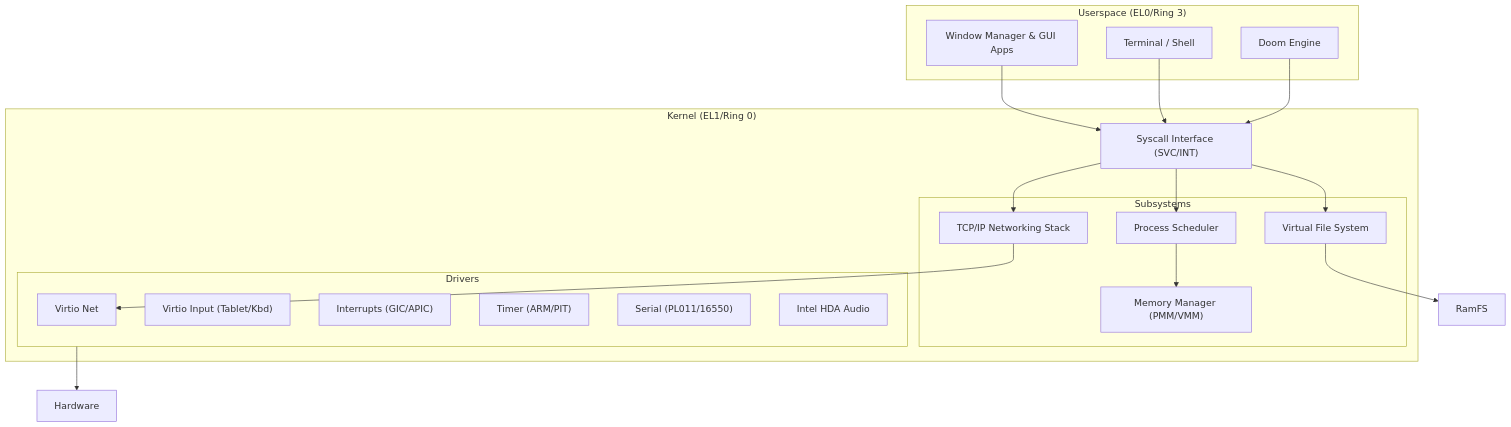
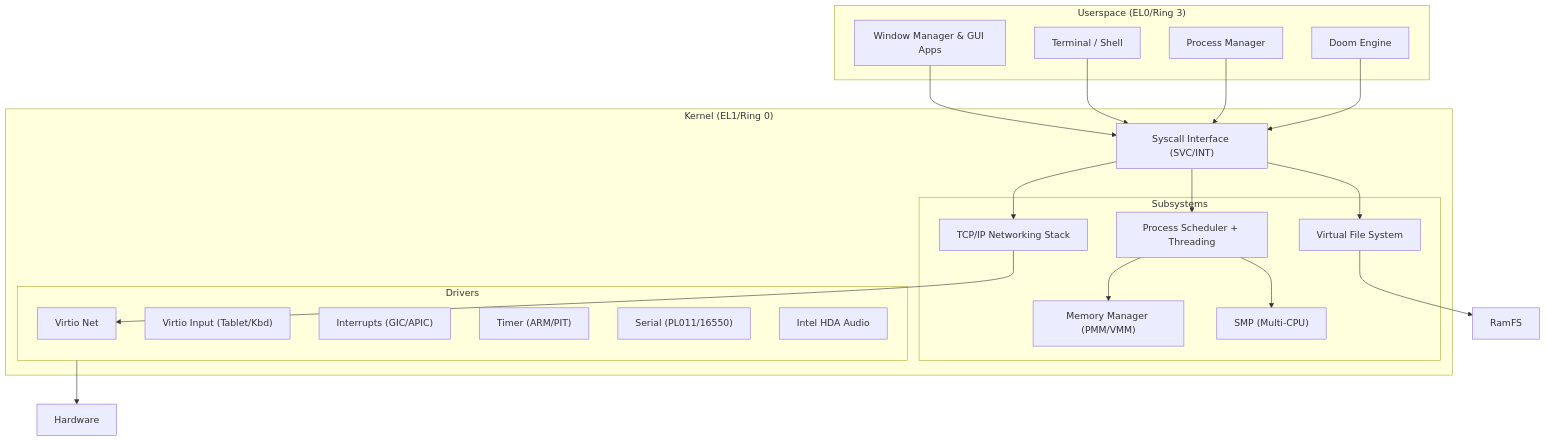
One commit to viralcode/vib-OS changed the diagram in README.md. Above: the diagram before and after it, drawn with Mermaid. The commit also changed other lines of this file, not shown here.

First line of the commit message:
Update README with Process Manager, multi-threading, and SMP features

````diff
--- a/README.md
+++ b/README.md
@@ -68,42 +68,46 @@
 ```mermaid
 graph TD
     subgraph Userspace ["Userspace (EL0/Ring 3)"]
         GUI[Window Manager & GUI Apps]
         Shell[Terminal / Shell]
+        ProcMgr[Process Manager]
         Doom[Doom Engine]
     end
 
     subgraph Kernel ["Kernel (EL1/Ring 0)"]
         Syscall["Syscall Interface (SVC/INT)"]
         
         subgraph Subsystems
             VFS[Virtual File System]
-            Process[Process Scheduler]
+            Process["Process Scheduler + Threading"]
             Net[TCP/IP Networking Stack]
             Mem["Memory Manager (PMM/VMM)"]
+            SMP["SMP (Multi-CPU)"]
         end
         
         subgraph Drivers
             VirtioNet[Virtio Net]
             VirtioInput["Virtio Input (Tablet/Kbd)"]
             IRQ["Interrupts (GIC/APIC)"]
             Timer["Timer (ARM/PIT)"]
             UART["Serial (PL011/16550)"]
             HDA[Intel HDA Audio]
         end
     end
 
     GUI --> Syscall
     Shell --> Syscall
+    ProcMgr --> Syscall
     Doom --> Syscall
     
     Syscall --> VFS
     Syscall --> Process
     Syscall --> Net
     
     VFS --> RamFS
     Net --> VirtioNet
     Process --> Mem
+    Process --> SMP
     
     Drivers --> Hardware
 ```
````
